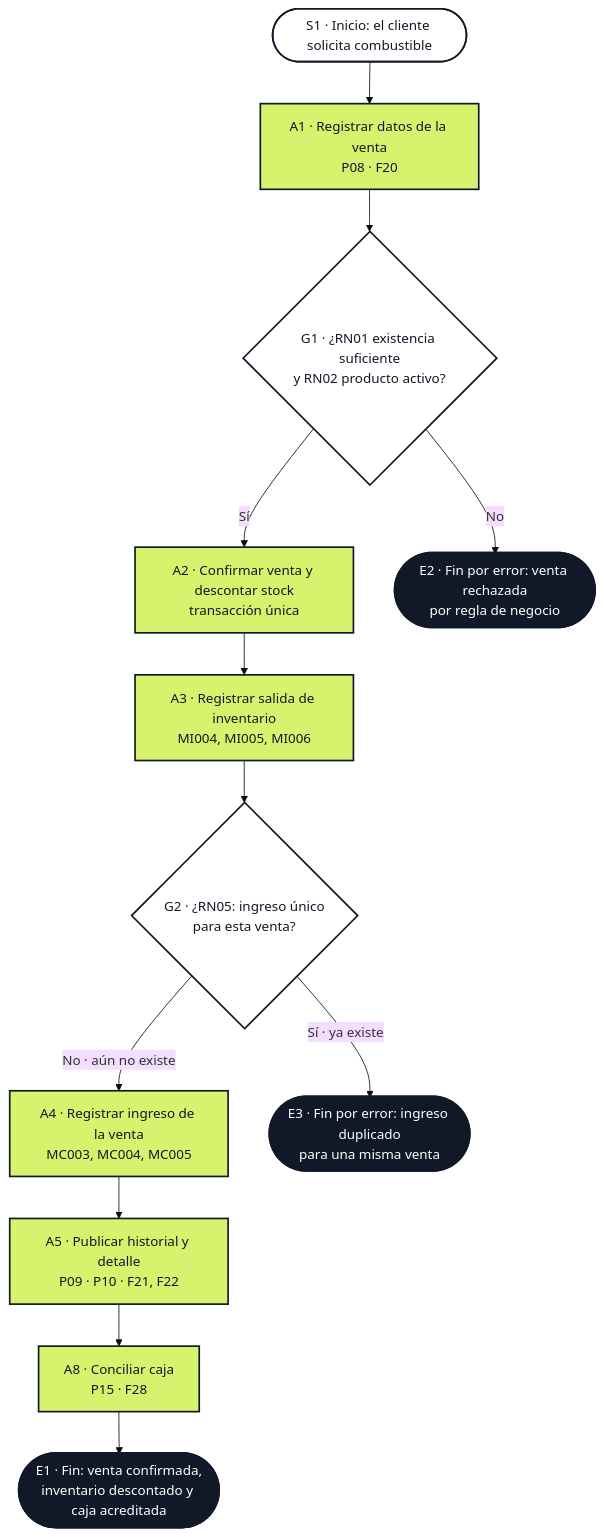
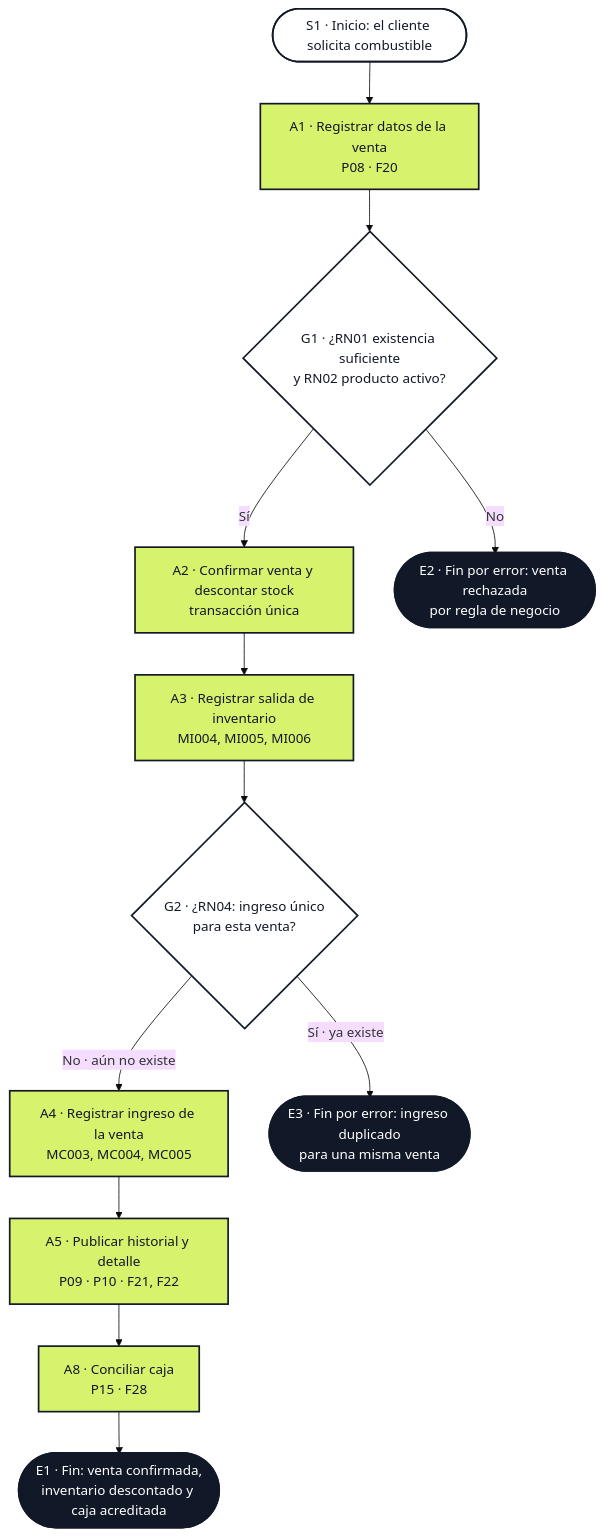
One commit to 4dr1-2529/gasolineria-ingweb changed the first of 3 diagrams in documentacion/09_bpmn.md. Above: the diagram before and after it, drawn with Mermaid (base theme). The commit also changed other lines of this file and 114 other files, not shown here.

````diff
--- a/documentacion/09_bpmn.md
+++ b/documentacion/09_bpmn.md
@@ -42,26 +42,26 @@
 ```mermaid
 flowchart TB
   classDef start fill:#ffffff,stroke:#111827,stroke-width:2px,color:#111827;
   classDef endn fill:#111827,stroke:#111827,stroke-width:4px,color:#ffffff;
   classDef task fill:#d7f26c,stroke:#111827,stroke-width:2px,color:#111827;
   classDef gw fill:#ffffff,stroke:#111827,stroke-width:2px,color:#111827;
 
   S1(["S1 · Inicio: el cliente solicita combustible"]):::start
   A1["A1 · Registrar datos de la venta<br/>P08 · F20"]:::task
   G1{"G1 · ¿RN01 existencia suficiente<br/>y RN02 producto activo?"}:::gw
   A2["A2 · Confirmar venta y descontar stock<br/>transacción única"]:::task
   A3["A3 · Registrar salida de inventario<br/>MI004, MI005, MI006"]:::task
-  G2{"G2 · ¿RN05: ingreso único<br/>para esta venta?"}:::gw
+  G2{"G2 · ¿RN04: ingreso único<br/>para esta venta?"}:::gw
   A4["A4 · Registrar ingreso de la venta<br/>MC003, MC004, MC005"]:::task
   A5["A5 · Publicar historial y detalle<br/>P09 · P10 · F21, F22"]:::task
   A8["A8 · Conciliar caja<br/>P15 · F28"]:::task
   E1(["E1 · Fin: venta confirmada,<br/>inventario descontado y caja acreditada"]):::endn
   E2(["E2 · Fin por error: venta rechazada<br/>por regla de negocio"]):::endn
   E3(["E3 · Fin por error: ingreso duplicado<br/>para una misma venta"]):::endn
 
   S1 --> A1 --> G1
   G1 -- "Sí" --> A2 --> A3 --> G2
   G2 -- "No · aún no existe" --> A4 --> A5 --> A8 --> E1
   G2 -- "Sí · ya existe" --> E3
   G1 -- "No" --> E2
 ```
````
